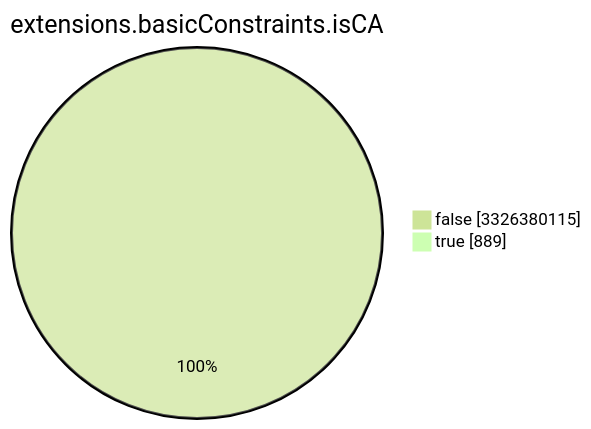
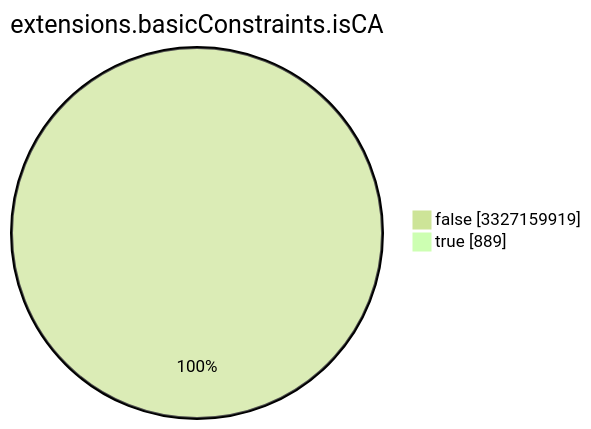
The seventh of 15 diagrams in TOTAL/README.md (christiankrug/ctmonitor_visualization), drawn with Mermaid (forest theme) before and after one commit. The commit also changed other lines of this file, not shown here.

````diff
--- a/TOTAL/README.md
+++ b/TOTAL/README.md
@@ -3089,6 +3089,6 @@
 ```mermaid
 pie showData
 title extensions.basicConstraints.isCA
-"false" :3326380115
+"false" :3327159919
 "true" :889
 ```
````
